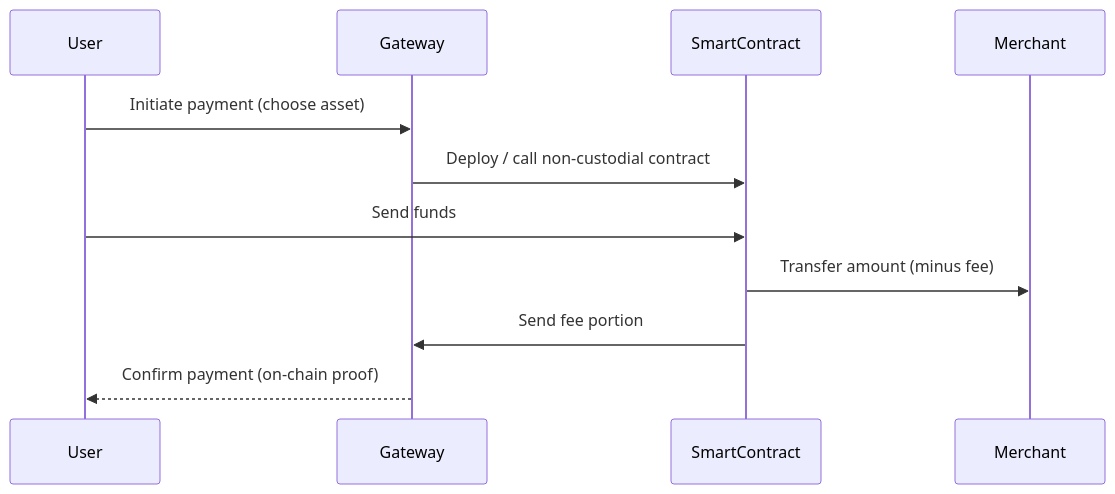
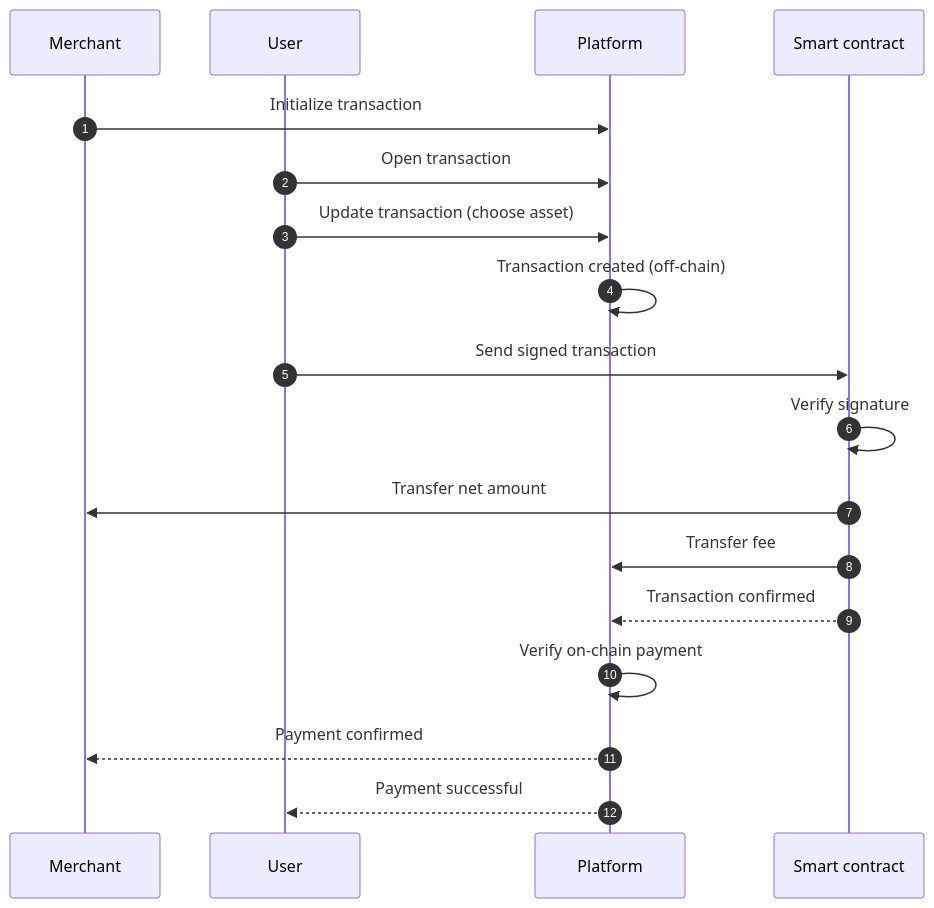
One commit to ncpay/.github changed the diagram in profile/README.md. Above: the diagram before and after it, drawn with Mermaid. The commit also changed other lines of this file and 5 other files, not shown here.

````diff
--- a/profile/README.md
+++ b/profile/README.md
@@ -13,14 +97,26 @@
 ```mermaid
 sequenceDiagram
-  participant User
-  participant Gateway
-  participant SmartContract
-  participant Merchant
+    autonumber
 
-  User->>Gateway: Initiate payment (choose asset)
-  Gateway->>SmartContract: Deploy / call non-custodial contract
-  User->>SmartContract: Send funds
-  SmartContract->>Merchant: Transfer amount (minus fee)
-  SmartContract->>Gateway: Send fee portion
-  Gateway-->>User: Confirm payment (on-chain proof)
+    participant Merchant
+    participant User
+    participant Platform
+    participant SmartContract as Smart contract
+
+    Merchant->>Platform: Initialize transaction
+
+    User->>Platform: Open transaction
+    User->>Platform: Update transaction (choose asset)
+    Platform->>Platform: Transaction created (off-chain)
+
+    User->>SmartContract: Send signed transaction
+
+    SmartContract->>SmartContract: Verify signature
+    SmartContract->>Merchant: Transfer net amount
+    SmartContract->>Platform: Transfer fee
+
+    SmartContract-->>Platform: Transaction confirmed
+    Platform->>Platform: Verify on-chain payment
+    Platform-->>Merchant: Payment confirmed
+    Platform-->>User: Payment successful
 ```
````
